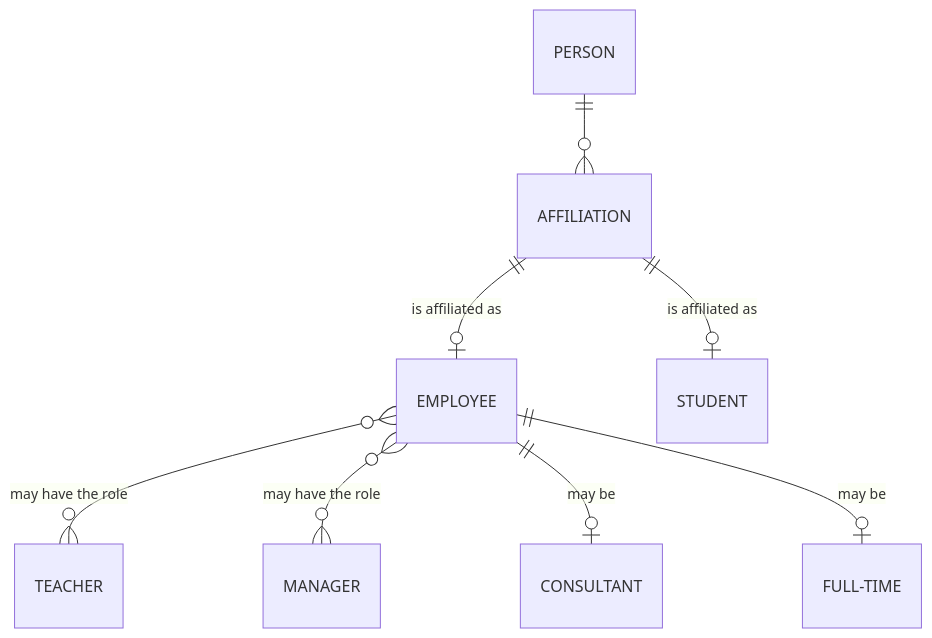
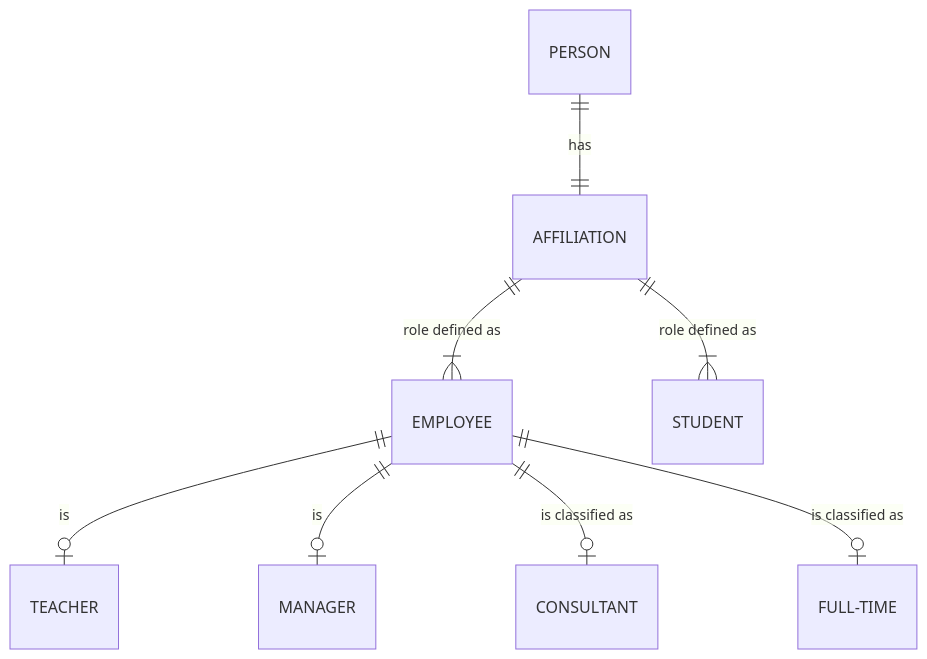
The sixth of 15 diagrams in yh_labb/labb_0/labb_0_b.md (svartfika/data-modeling-svartfika-de24), drawn with Mermaid before and after one commit. The commit also changed other lines of this file, not shown here.

````diff
--- a/yh_labb/labb_0/labb_0_b.md
+++ b/yh_labb/labb_0/labb_0_b.md
@@ -164,12 +156,12 @@
 ```mermaid
 erDiagram
-    PERSON ||--o{ AFFILIATION : ""
-    AFFILIATION ||--o| EMPLOYEE : "is affiliated as"
-    AFFILIATION ||--o| STUDENT : "is affiliated as"
+    PERSON      ||--|| AFFILIATION : "has"
+    AFFILIATION ||--|{ EMPLOYEE : "role defined as"
+    AFFILIATION ||--|{ STUDENT : "role defined as"
 
-    EMPLOYEE }o--o{ TEACHER : "may have the role"
-    EMPLOYEE }o--o{ MANAGER : "may have the role"
+    EMPLOYEE ||--o| TEACHER : "is"
+    EMPLOYEE ||--o| MANAGER : "is"
 
-    EMPLOYEE ||--o| "CONSULTANT" : "may be"
-    EMPLOYEE ||--o| "FULL-TIME" : "may be"
+    EMPLOYEE ||--o| CONSULTANT : "is classified as"
+    EMPLOYEE ||--o| FULL-TIME : "is classified as"
 ```
````
